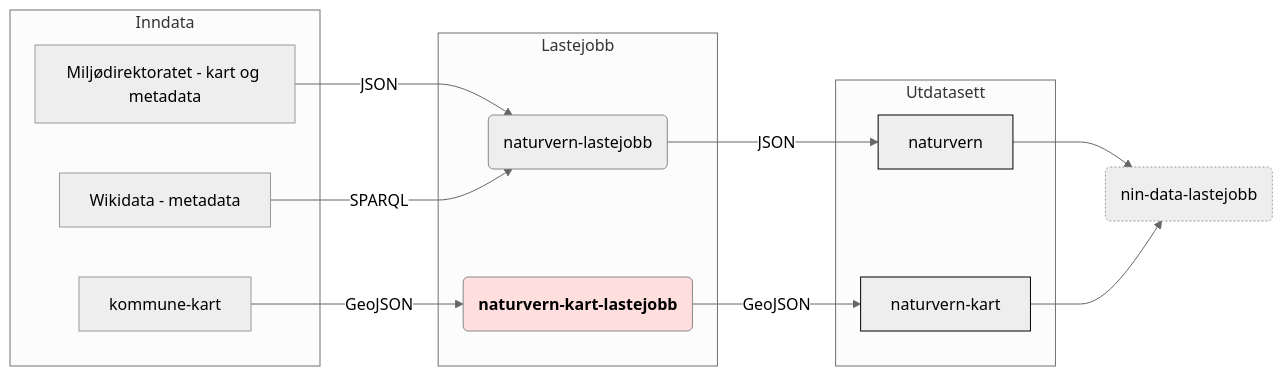
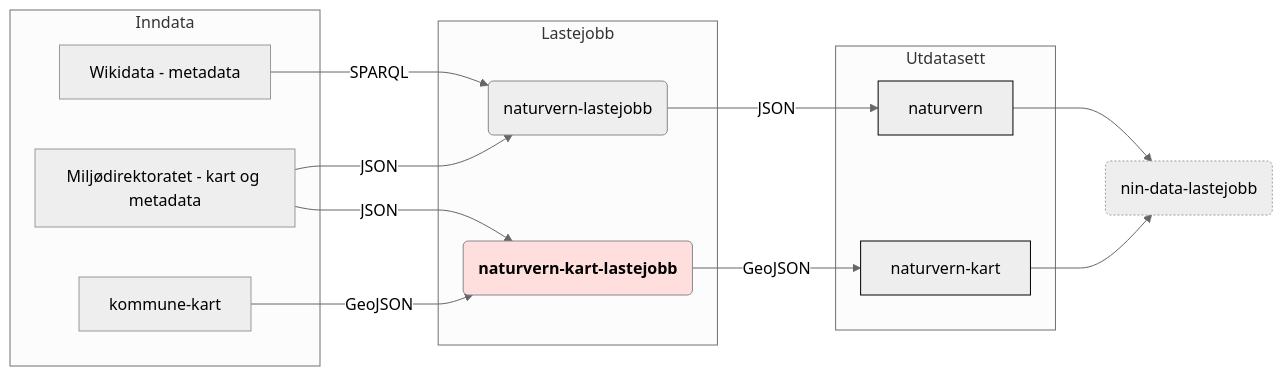
The diagram in doc/flytdiagram.md (Artsdatabanken/naturvern-kart-lastejobb), drawn with Mermaid (neutral theme) before and after one commit. The commit also changed 1 other file, not shown here.

Commit message:
Kart fra Miljødirektoratet

````diff
--- a/doc/flytdiagram.md
+++ b/doc/flytdiagram.md
@@ -1,45 +1,46 @@
 ```mermaid
 
 graph LR;
   linkStyle default interpolate monotoneX
     subgraph Inndata
       kommune-kart[kommune-kart]
       wikidata[Wikidata - metadata]
       mdir[Miljødirektoratet - kart og metadata]
     end
     subgraph Lastejobb
       naturvern-kart-lastejobb(naturvern-kart-lastejobb)
       naturvern-lastejobb(naturvern-lastejobb)
     end
     subgraph Utdatasett
       naturvern-kart[naturvern-kart]
       naturvern[naturvern]
     end
+    wikidata-->|SPARQL|naturvern-lastejobb;
     mdir-->|JSON|naturvern-lastejobb;
-    wikidata-->|SPARQL|naturvern-lastejobb;
+    mdir-->|JSON|naturvern-kart-lastejobb;
     naturvern-kart-lastejobb-->|GeoJSON|naturvern-kart;
     naturvern-lastejobb-->|JSON|naturvern;
     kommune-kart-->|GeoJSON|naturvern-kart-lastejobb(naturvern-kart-lastejobb);
     naturvern-->nin-data-lastejobb(nin-data-lastejobb);
     naturvern-kart-->nin-data-lastejobb(nin-data-lastejobb);
     click naturvern-lastejobb "https://github.com/Artsdatabanken/naturvern-lastejobb" "_"
     click naturvern "https://github.com/Artsdatabanken/naturvern" "_"
     click naturvern-kart "https://github.com/Artsdatabanken/naturvern-kart" "_"
     click naturvern-kart-lastejobb "https://github.com/Artsdatabanken/naturvern-kart-lastejobb" "_"
     click kommune-kart "https://github.com/Artsdatabanken/kommune-kart" "_"
     click wikidata "https://www.wikidata.org/wiki/Q15284" "_"
     click mdir "https://www.mdir.no" "_"
 
 class naturvern-kart-lastejobb focus
 class kommune,wikidata,mdir data
 class naturvern,naturvern-kart, utdata
 class naturvern-lastejobb,xnaturvern-kart-lastejobb lastejobb
 class nin-data-lastejobb next
 classDef focusx stroke:#888,stroke-width:3px,font-weight:600;
 classDef focus color:#000,fill:#ffdede,stroke:#888,stroke-widthx:3px,font-weight:600;
 classDef data fillx:#ffd;
 classDef lastejobb fillx:#fff,stroke:#888;
 classDef utdata fillx:#ffa,stroke:#000;
 classDef next fill:#eee,stroke-dasharray: 2, 2;
 
 ```
````
